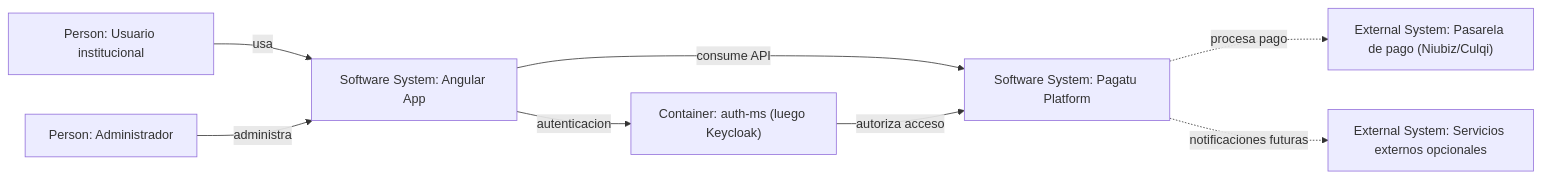
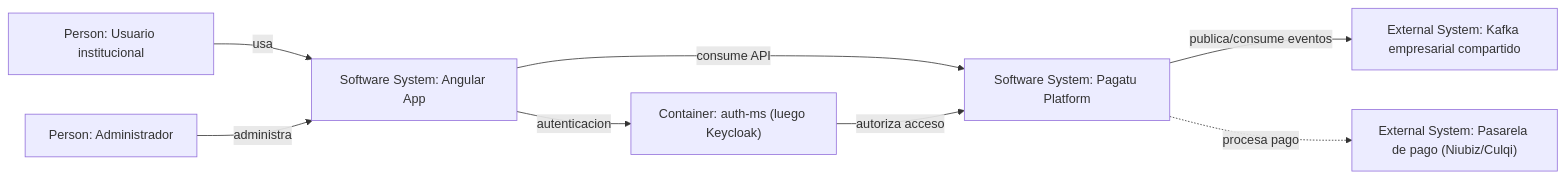
The first of 5 diagrams in README.md (262dist/pagatu), drawn with Mermaid before and after one commit. The commit also changed other lines of this file, not shown here.

````diff
--- a/README.md
+++ b/README.md
@@ -40,18 +40,18 @@
 ```mermaid
 flowchart LR
     usuario["Person: Usuario institucional"]
     admin["Person: Administrador"]
     angular["Software System: Angular App"]
     pagatu["Software System: Pagatu Platform"]
     auth["Container: auth-ms (luego Keycloak)"]
-    correo["External System: Servicios externos opcionales"]
+    kafkaCorp["External System: Kafka empresarial compartido"]
     pasarela["External System: Pasarela de pago (Niubiz/Culqi)"]
 
     usuario -->|usa| angular
     admin -->|administra| angular
     angular -->|consume API| pagatu
     angular -->|autenticacion| auth
     auth -->|autoriza acceso| pagatu
+    pagatu -->|publica/consume eventos| kafkaCorp
     pagatu -. procesa pago .-> pasarela
-    pagatu -. notificaciones futuras .-> correo
 ```
````
